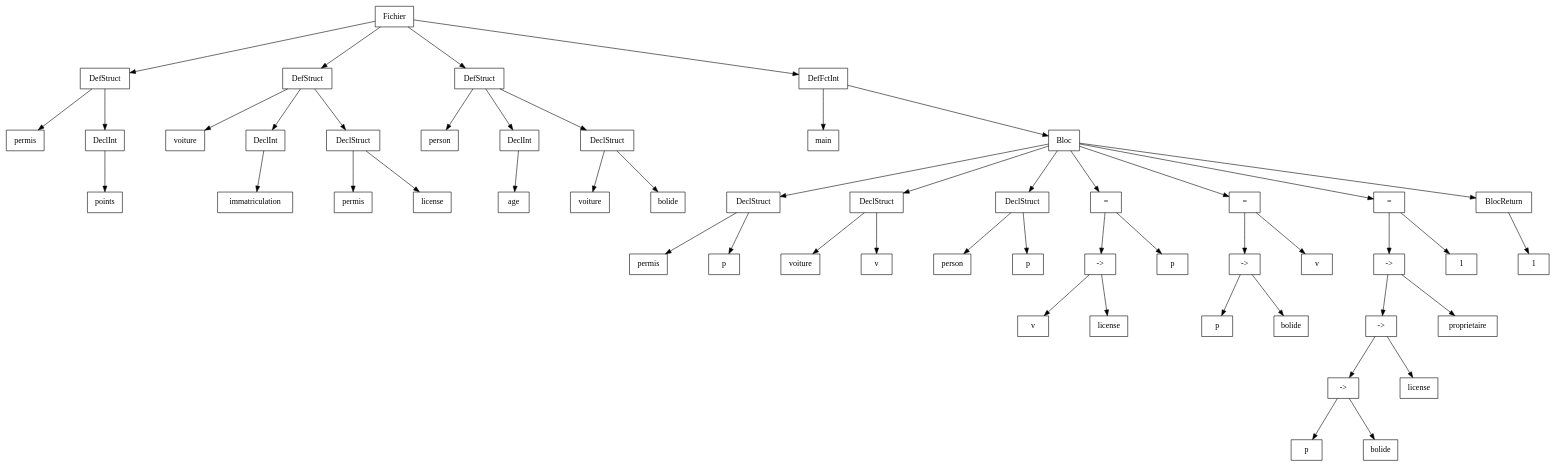
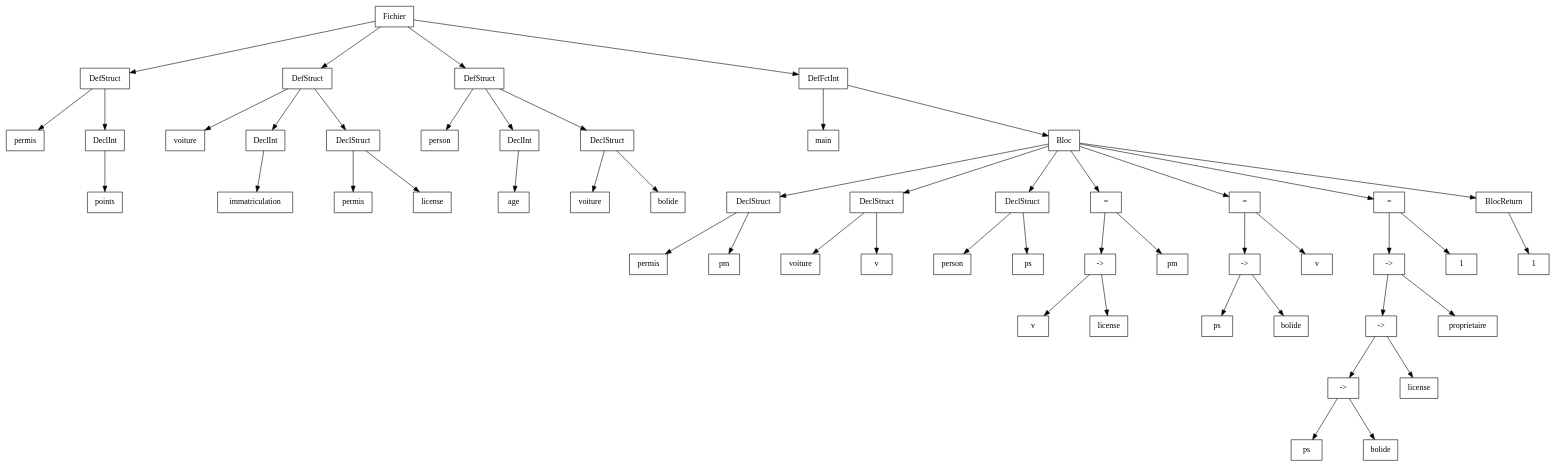
Before and after one commit to Hamza-ABDOULHOUSSEN/compil: the diagram in Code/out/ast/dot/Test_Erreur_Semantique/test_fleche_def3Y.dot, drawn with Graphviz. The commit also changed 51 other files, not shown here.

```diff
--- a/Code/out/ast/dot/Test_Erreur_Semantique/test_fleche_def3Y.dot
+++ b/Code/out/ast/dot/Test_Erreur_Semantique/test_fleche_def3Y.dot
@@ -1,110 +1,110 @@
 digraph "ast"{
 
 	nodesep=1;
 	ranksep=1;
 
 	N0 [label="Fichier", shape="box"];
 	N1 [label="DefStruct", shape="box"];
 	N2 [label="permis", shape="box"];
 	N3 [label="DeclInt", shape="box"];
 	N4 [label="points", shape="box"];
 	N5 [label="DefStruct", shape="box"];
 	N6 [label="voiture", shape="box"];
 	N7 [label="DeclInt", shape="box"];
 	N8 [label="immatriculation", shape="box"];
 	N9 [label="DeclStruct", shape="box"];
 	N10 [label="permis", shape="box"];
 	N11 [label="license", shape="box"];
 	N12 [label="DefStruct", shape="box"];
 	N13 [label="person", shape="box"];
 	N14 [label="DeclInt", shape="box"];
 	N15 [label="age", shape="box"];
 	N16 [label="DeclStruct", shape="box"];
 	N17 [label="voiture", shape="box"];
 	N18 [label="bolide", shape="box"];
 	N19 [label="DefFctInt", shape="box"];
 	N20 [label="main", shape="box"];
 	N21 [label="Bloc", shape="box"];
 	N22 [label="DeclStruct", shape="box"];
 	N23 [label="permis", shape="box"];
-	N24 [label="p", shape="box"];
+	N24 [label="pm", shape="box"];
 	N25 [label="DeclStruct", shape="box"];
 	N26 [label="voiture", shape="box"];
 	N27 [label="v", shape="box"];
 	N28 [label="DeclStruct", shape="box"];
 	N29 [label="person", shape="box"];
-	N30 [label="p", shape="box"];
+	N30 [label="ps", shape="box"];
 	N31 [label="=", shape="box"];
 	N32 [label="->", shape="box"];
 	N33 [label="v", shape="box"];
 	N34 [label="license", shape="box"];
-	N35 [label="p", shape="box"];
+	N35 [label="pm", shape="box"];
 	N36 [label="=", shape="box"];
 	N37 [label="->", shape="box"];
-	N38 [label="p", shape="box"];
+	N38 [label="ps", shape="box"];
 	N39 [label="bolide", shape="box"];
 	N40 [label="v", shape="box"];
 	N41 [label="=", shape="box"];
 	N42 [label="->", shape="box"];
 	N43 [label="->", shape="box"];
 	N44 [label="->", shape="box"];
-	N45 [label="p", shape="box"];
+	N45 [label="ps", shape="box"];
 	N46 [label="bolide", shape="box"];
 	N47 [label="license", shape="box"];
 	N48 [label="proprietaire", shape="box"];
 	N49 [label="1", shape="box"];
 	N50 [label="BlocReturn", shape="box"];
 	N51 [label="1", shape="box"];
 
 	N1 -> N2; 
 	N3 -> N4; 
 	N1 -> N3; 
 	N0 -> N1; 
 	N5 -> N6; 
 	N7 -> N8; 
 	N5 -> N7; 
 	N9 -> N10; 
 	N9 -> N11; 
 	N5 -> N9; 
 	N0 -> N5; 
 	N12 -> N13; 
 	N14 -> N15; 
 	N12 -> N14; 
 	N16 -> N17; 
 	N16 -> N18; 
 	N12 -> N16; 
 	N0 -> N12; 
 	N19 -> N20; 
 	N22 -> N23; 
 	N22 -> N24; 
 	N21 -> N22; 
 	N25 -> N26; 
 	N25 -> N27; 
 	N21 -> N25; 
 	N28 -> N29; 
 	N28 -> N30; 
 	N21 -> N28; 
 	N32 -> N33; 
 	N32 -> N34; 
 	N31 -> N32; 
 	N31 -> N35; 
 	N21 -> N31; 
 	N37 -> N38; 
 	N37 -> N39; 
 	N36 -> N37; 
 	N36 -> N40; 
 	N21 -> N36; 
 	N44 -> N45; 
 	N44 -> N46; 
 	N43 -> N44; 
 	N43 -> N47; 
 	N42 -> N43; 
 	N42 -> N48; 
 	N41 -> N42; 
 	N41 -> N49; 
 	N21 -> N41; 
 	N50 -> N51; 
 	N21 -> N50; 
 	N19 -> N21; 
 	N0 -> N19; 
 }
```
